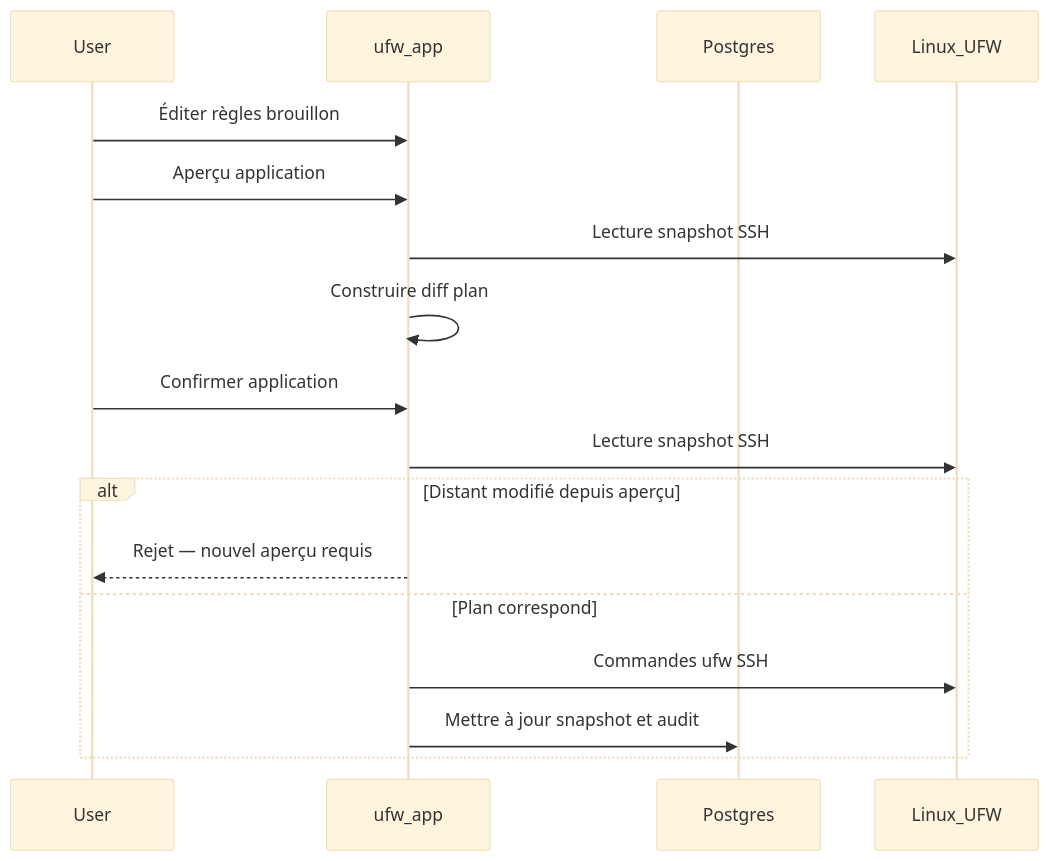
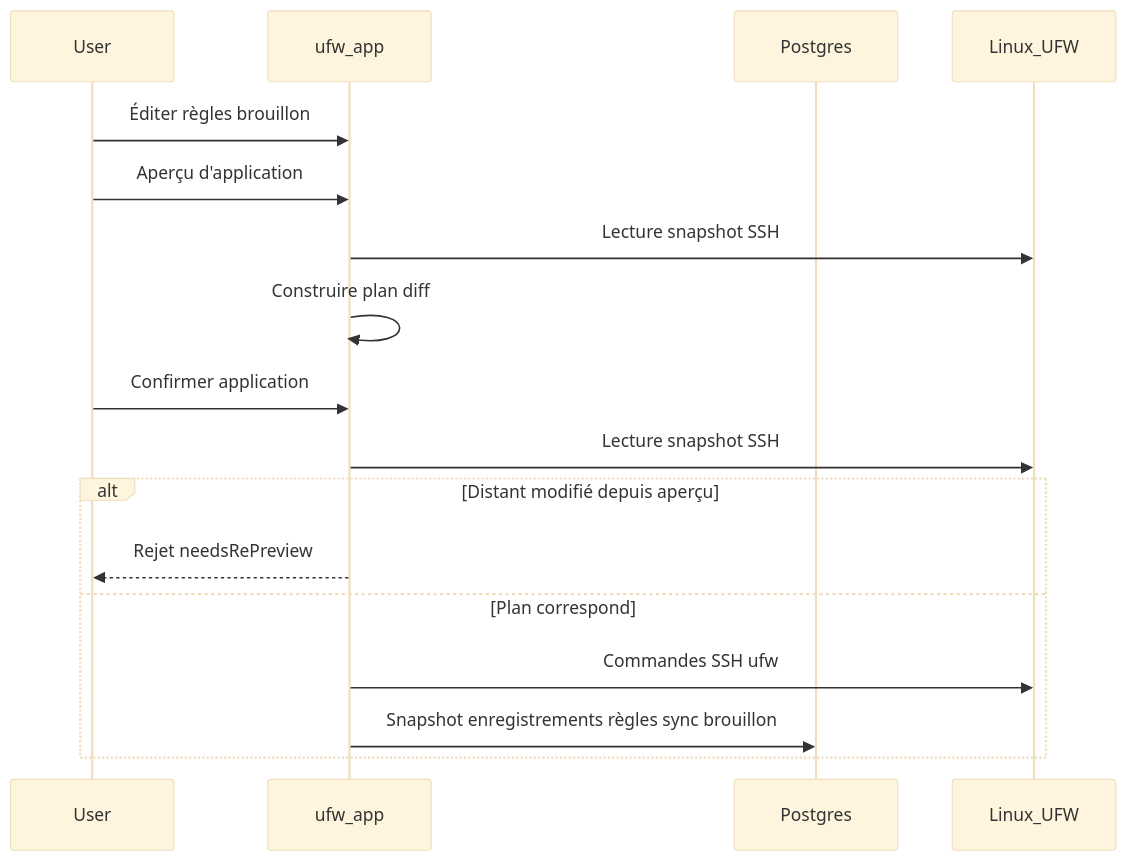
One commit to finenumbers/ufw changed the diagram in docs/fr/concepts/draft-apply-workflow.md. Above: the diagram before and after it, drawn with Mermaid (base theme). The commit also changed other lines of this file and 204 other files, not shown here.

````diff
--- a/docs/fr/concepts/draft-apply-workflow.md
+++ b/docs/fr/concepts/draft-apply-workflow.md
@@ -37,20 +45,20 @@
 ```mermaid
 sequenceDiagram
   participant User
   participant App as ufw_app
   participant DB as Postgres
   participant Remote as Linux_UFW
 
   User->>App: Éditer règles brouillon
-  User->>App: Aperçu application
+  User->>App: Aperçu d'application
   App->>Remote: Lecture snapshot SSH
-  App->>App: Construire diff plan
+  App->>App: Construire plan diff
   User->>App: Confirmer application
   App->>Remote: Lecture snapshot SSH
   alt Distant modifié depuis aperçu
-    App-->>User: Rejet — nouvel aperçu requis
+    App-->>User: Rejet needsRePreview
   else Plan correspond
-    App->>Remote: Commandes ufw SSH
-    App->>DB: Mettre à jour snapshot et audit
+    App->>Remote: Commandes SSH ufw
+    App->>DB: Snapshot enregistrements règles sync brouillon
   end
 ```
````
